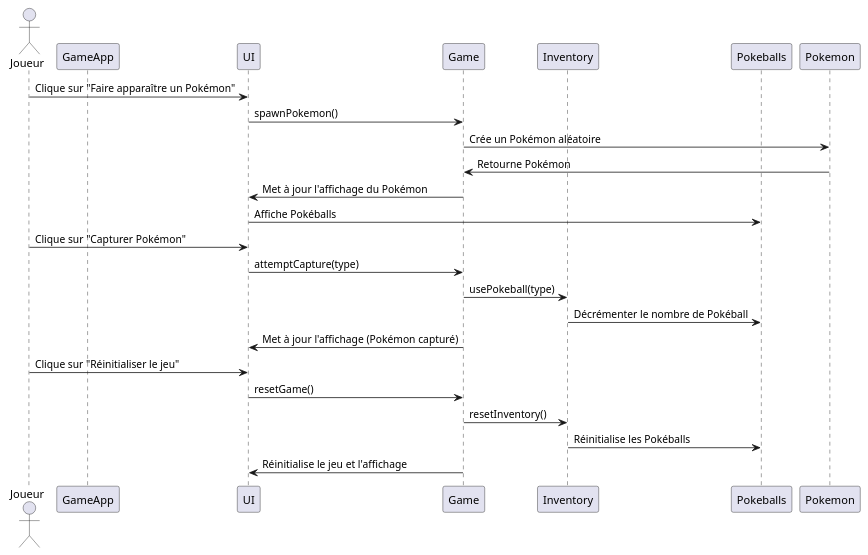
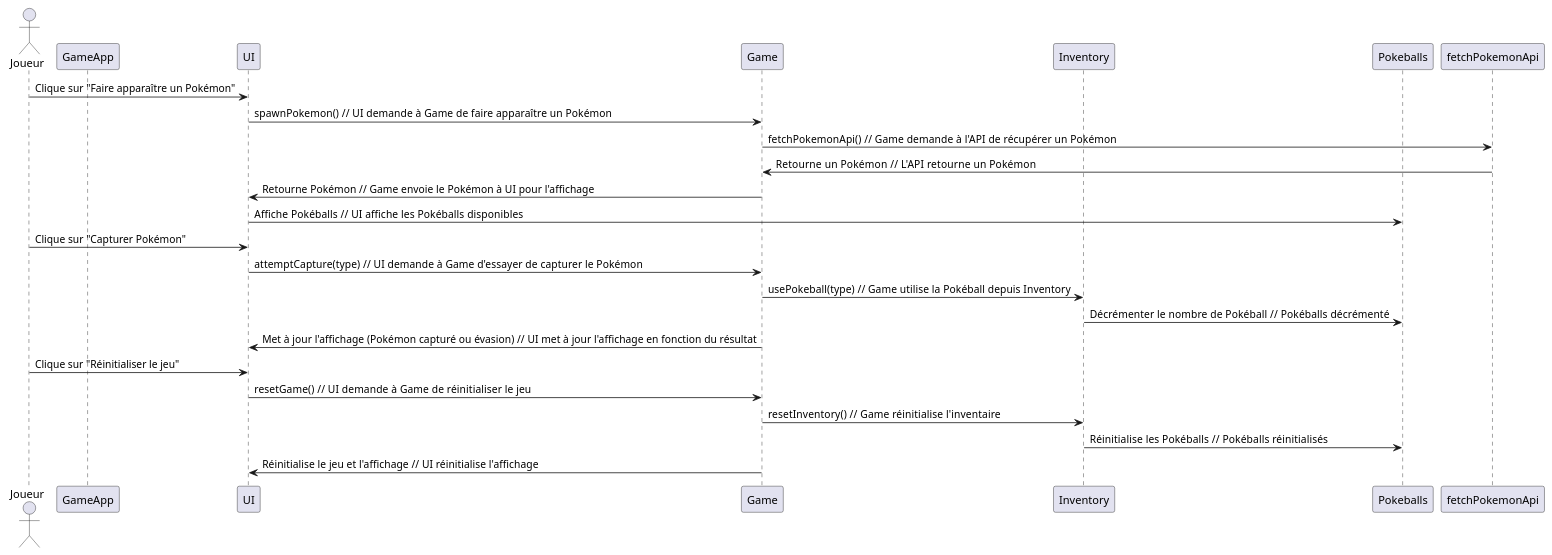
The diagram in docs/01-diagramme-sequence-pokemon.wsd (Team-Dragon-DWWM-09240525/pokemon-game), drawn with PlantUML before and after one commit. The commit also changed other lines of this file and 7 other files, not shown here.

Commit message:
Fix done UI Bug : display the pokemon in UI.js and improve the message with the type of pokeball in Game.js

```diff
--- a/docs/01-diagramme-sequence-pokemon.wsd
+++ b/docs/01-diagramme-sequence-pokemon.wsd
@@ -1,25 +1,26 @@
 @startuml diagram-sequence
 actor Joueur
 participant "GameApp" as App
 participant "UI" as UI
 participant "Game" as Game
 participant "Inventory" as Inventory
 participant "Pokeballs" as Pokeballs
+participant "fetchPokemonApi" as API
 
 Joueur -> UI : Clique sur "Faire apparaître un Pokémon"
-UI -> Game : spawnPokemon()
-Game -> Pokemon : Crée un Pokémon aléatoire
-Pokemon -> Game : Retourne Pokémon
-Game -> UI : Met à jour l'affichage du Pokémon
-UI -> Pokeballs : Affiche Pokéballs
+UI -> Game : spawnPokemon()   // UI demande à Game de faire apparaître un Pokémon
+Game -> API : fetchPokemonApi()   // Game demande à l'API de récupérer un Pokémon
+API -> Game : Retourne un Pokémon   // L'API retourne un Pokémon
+Game -> UI : Retourne Pokémon  // Game envoie le Pokémon à UI pour l'affichage
+UI -> Pokeballs : Affiche Pokéballs   // UI affiche les Pokéballs disponibles
 Joueur -> UI : Clique sur "Capturer Pokémon"
-UI -> Game : attemptCapture(type)
-Game -> Inventory : usePokeball(type)
-Inventory -> Pokeballs : Décrémenter le nombre de Pokéball
-Game -> UI : Met à jour l'affichage (Pokémon capturé)
+UI -> Game : attemptCapture(type)   // UI demande à Game d'essayer de capturer le Pokémon
+Game -> Inventory : usePokeball(type)   // Game utilise la Pokéball depuis Inventory
+Inventory -> Pokeballs : Décrémenter le nombre de Pokéball   // Pokéballs décrémenté
+Game -> UI : Met à jour l'affichage (Pokémon capturé ou évasion)  // UI met à jour l'affichage en fonction du résultat
 Joueur -> UI : Clique sur "Réinitialiser le jeu"
-UI -> Game : resetGame()
-Game -> Inventory : resetInventory()
-Inventory -> Pokeballs : Réinitialise les Pokéballs
-Game -> UI : Réinitialise le jeu et l'affichage
+UI -> Game : resetGame()   // UI demande à Game de réinitialiser le jeu
+Game -> Inventory : resetInventory()   // Game réinitialise l'inventaire
+Inventory -> Pokeballs : Réinitialise les Pokéballs   // Pokéballs réinitialisés
+Game -> UI : Réinitialise le jeu et l'affichage  // UI réinitialise l'affichage
 @enduml
```
